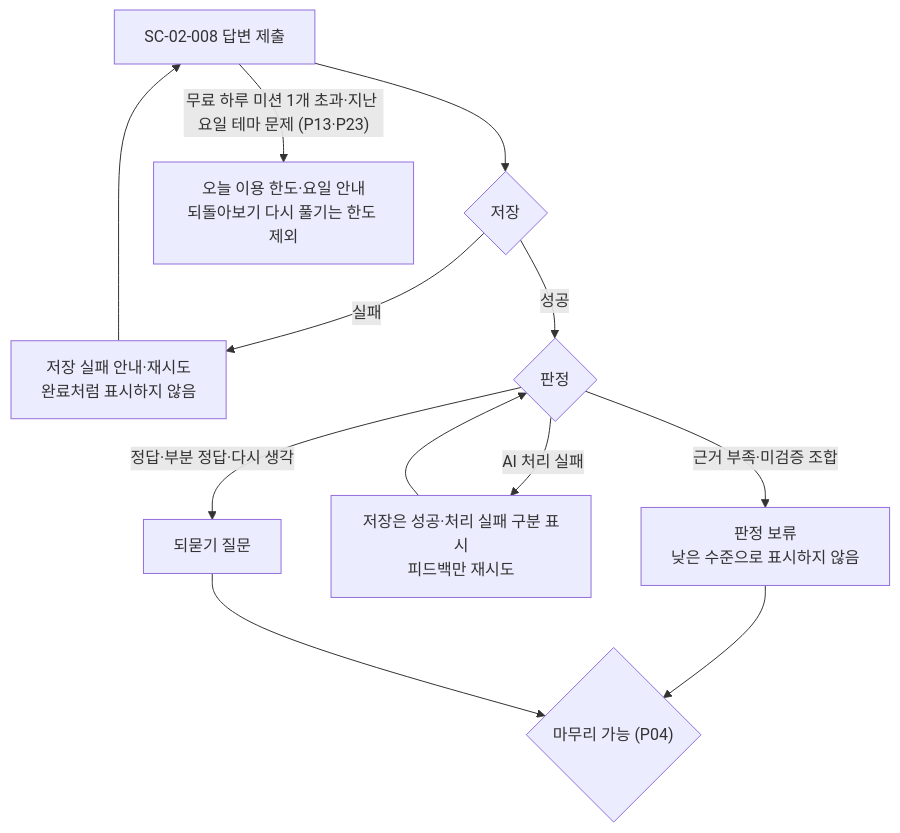
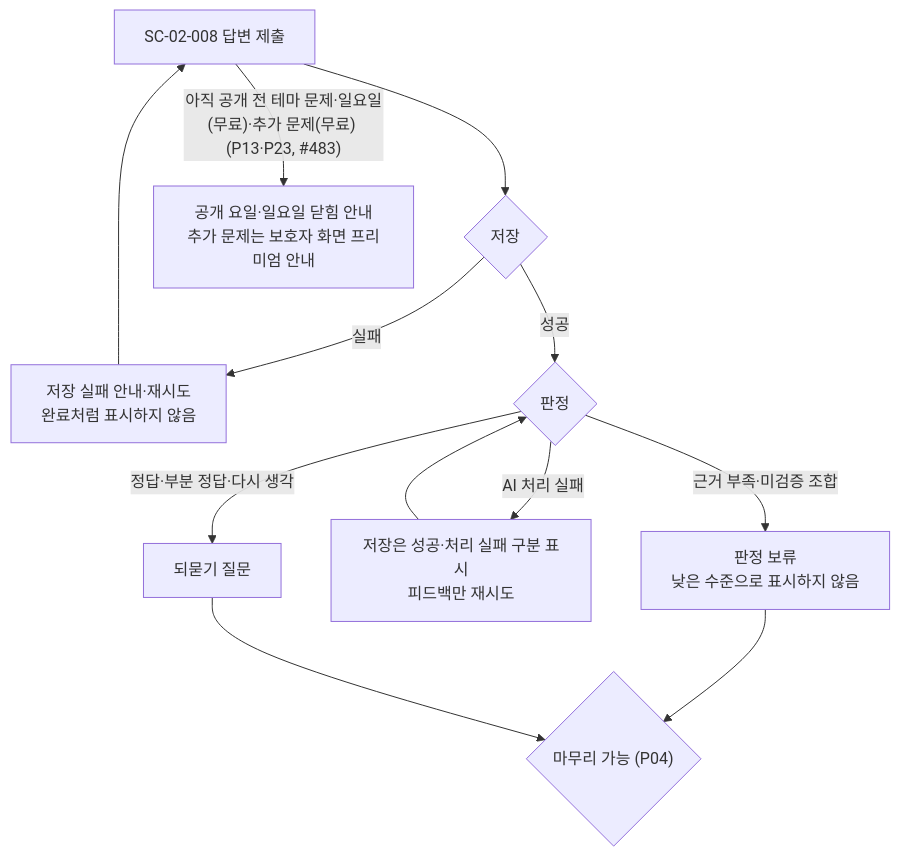
The eighth of 13 diagrams in docs/design/user-flow.md (SKNETWORKS-FAMILY-AICAMP/SKN34-FINAL-3TEAM), drawn with Mermaid before and after one commit. The commit also changed other lines of this file and 6 other files, not shown here.

````diff
--- a/docs/design/user-flow.md
+++ b/docs/design/user-flow.md
@@ -289,12 +319,12 @@
 ```mermaid
 flowchart TD
   W["SC-02-008 답변 제출"] --> S{"저장"}
   S -->|"실패"| F1["저장 실패 안내·재시도<br/>완료처럼 표시하지 않음"] --> W
   S -->|"성공"| J{"판정"}
   J -->|"근거 부족·미검증 조합"| H["판정 보류<br/>낮은 수준으로 표시하지 않음"]
   J -->|"AI 처리 실패"| F2["저장은 성공·처리 실패 구분 표시<br/>피드백만 재시도"] --> J
   J -->|"정답·부분 정답·다시 생각"| FB["되묻기 질문"]
   H --> FIN{"마무리 가능 (P04)"}
   FB --> FIN
-  W -->|"무료 하루 미션 1개 초과·지난 요일 테마 문제 (P13·P23)"| LIM["오늘 이용 한도·요일 안내<br/>되돌아보기 다시 풀기는 한도 제외"]
+  W -->|"아직 공개 전 테마 문제·일요일(무료)·추가 문제(무료) (P13·P23, #483)"| LIM["공개 요일·일요일 닫힘 안내<br/>추가 문제는 보호자 화면 프리미엄 안내"]
 ```
````
